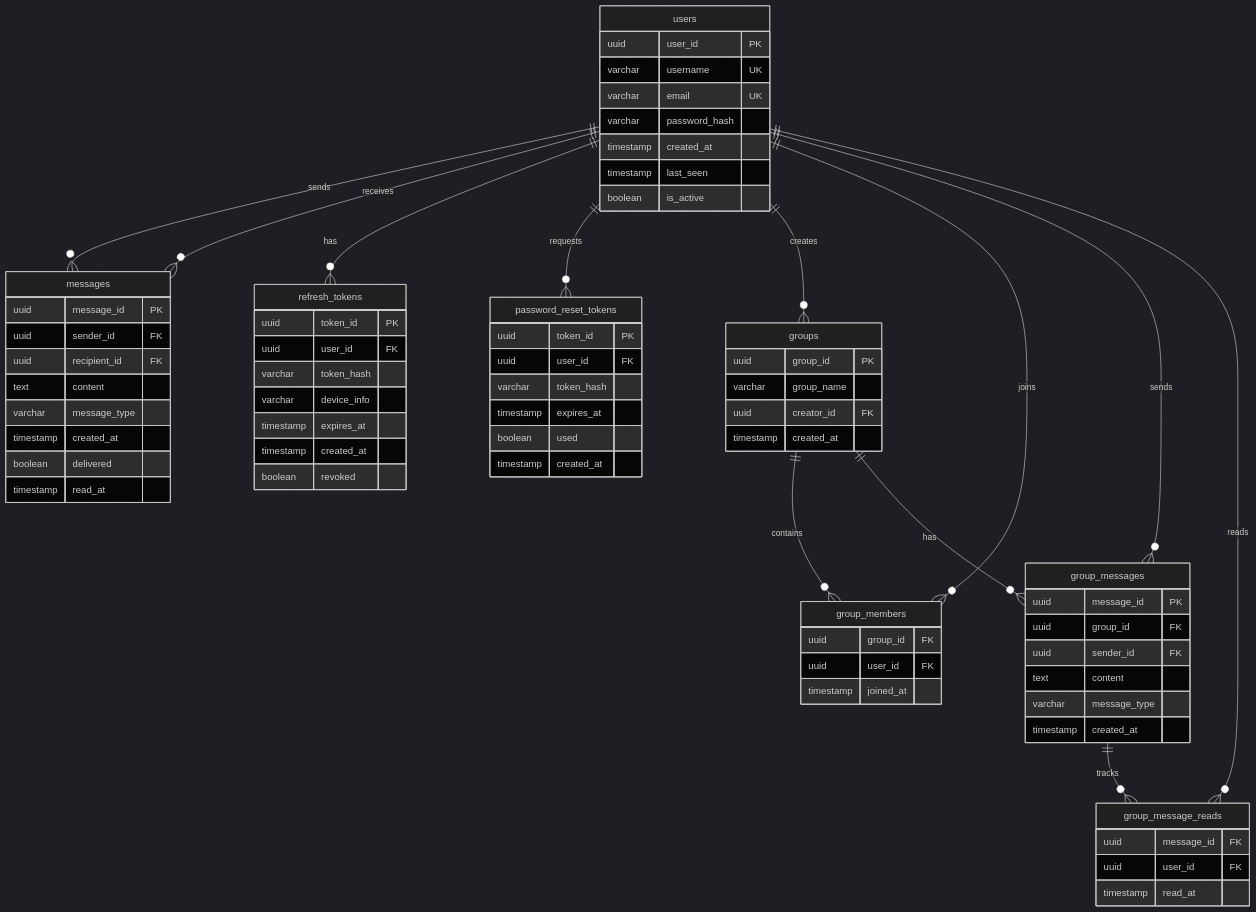
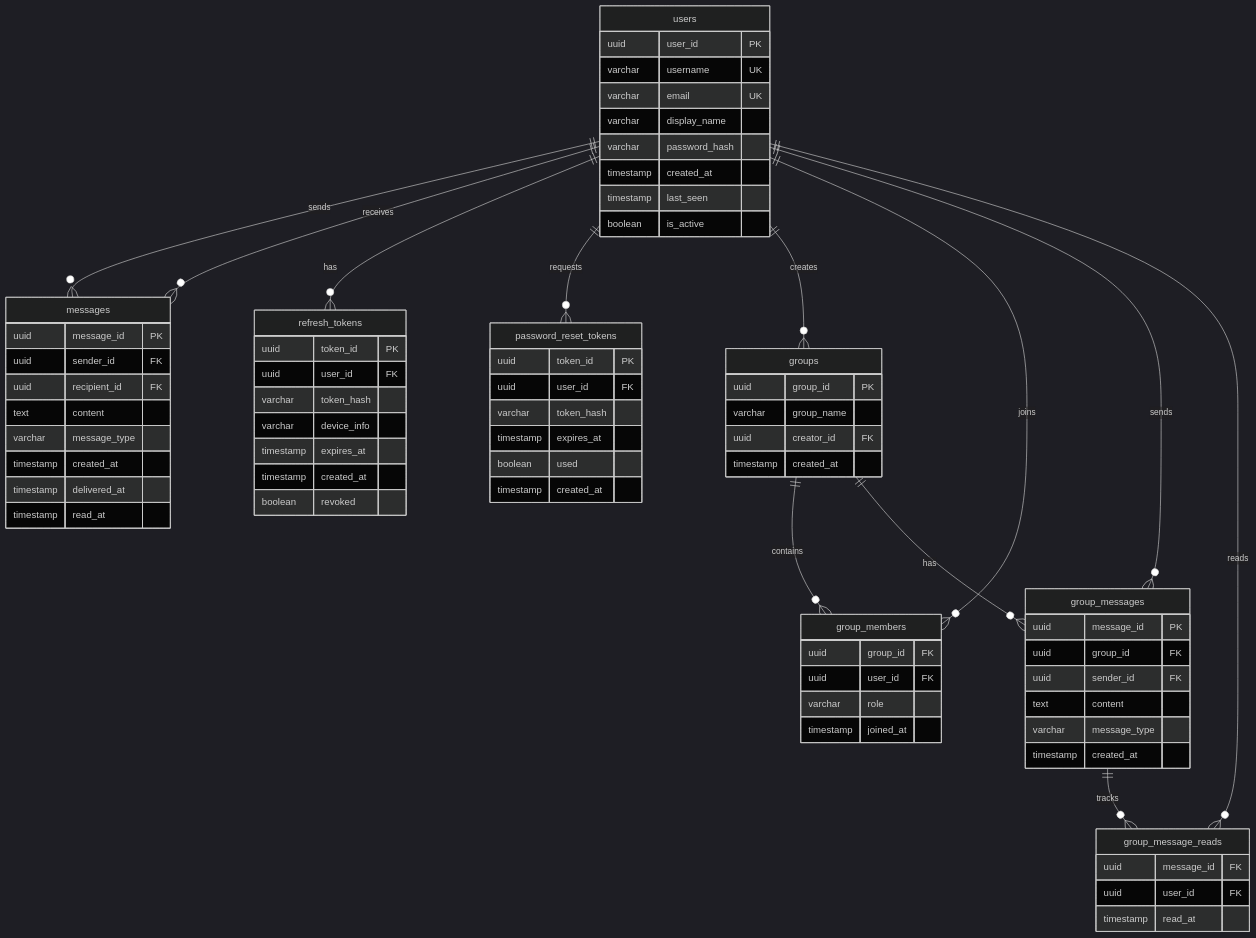
The sixth of 6 diagrams in fastapi-chat-server-punch-TSD.md (Merrick1307/chat-server), drawn with Mermaid (dark theme) before and after one commit. The commit also changed other lines of this file and 7 other files, not shown here.

```diff
--- a/fastapi-chat-server-punch-TSD.md
+++ b/fastapi-chat-server-punch-TSD.md
@@ -273,6 +259,7 @@
         uuid user_id PK
         varchar username UK
         varchar email UK
+        varchar display_name
         varchar password_hash
         timestamp created_at
         timestamp last_seen
@@ -305,7 +292,7 @@
         text content
         varchar message_type
         timestamp created_at
-        boolean delivered
+        timestamp delivered_at
         timestamp read_at
     }
     
@@ -319,6 +306,7 @@
     group_members {
         uuid group_id FK
         uuid user_id FK
+        varchar role
         timestamp joined_at
     }
     
```
